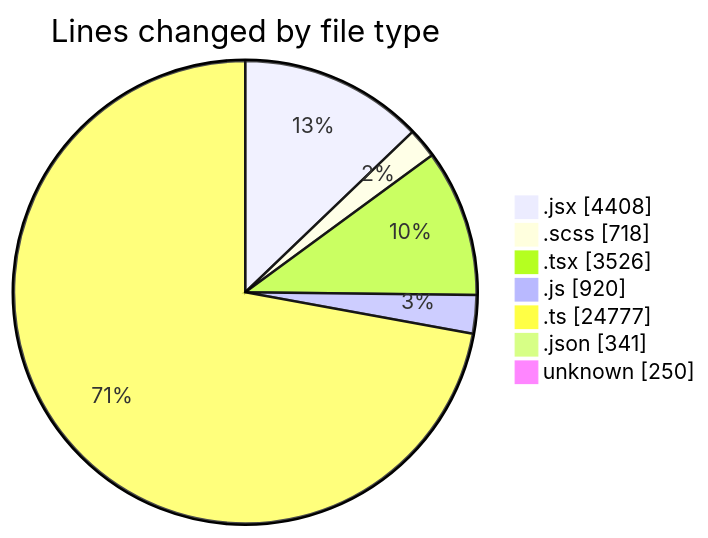
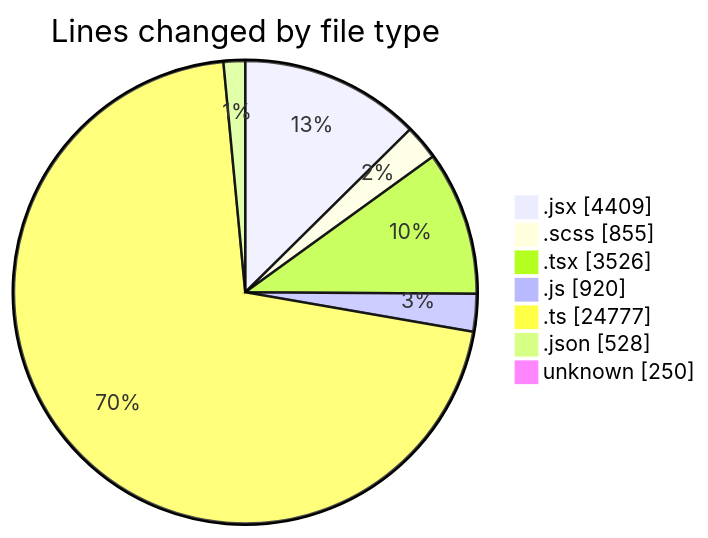
The first of 2 diagrams in 2026-09-02/cda/README.md (momahboobian/code-tracking), drawn with Mermaid before and after one commit. The commit also changed other lines of this file and 1 other file, not shown here.

````diff
--- a/2026-09-02/cda/README.md
+++ b/2026-09-02/cda/README.md
@@ -78,11 +78,11 @@
 ```mermaid
 pie showData
 title Lines changed by file type
-".jsx" : 4408
-".scss" : 718
+".jsx" : 4409
+".scss" : 855
 ".tsx" : 3526
 ".js" : 920
 ".ts" : 24777
-".json" : 341
+".json" : 528
 "unknown" : 250
 ```
````
